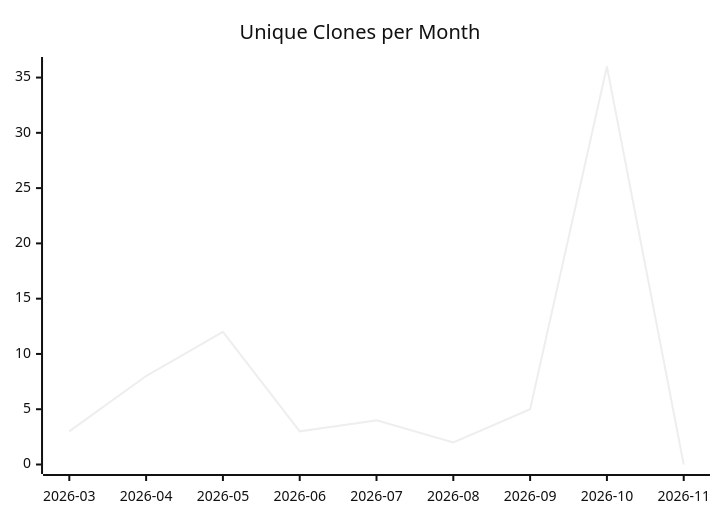
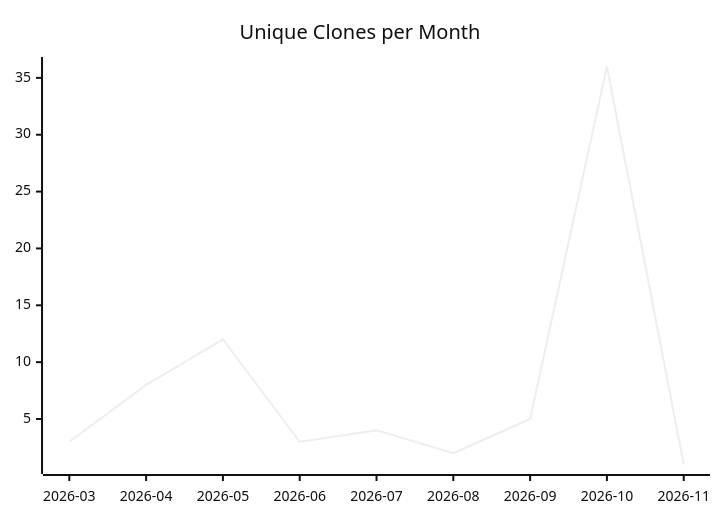
Before and after one commit to justdavis-family/github-analytics-data: the third of 3 diagrams in karlmdavis/puppet-sonar/README.md, drawn with Mermaid (neutral theme). The commit also changed other lines of this file and 193 other files, not shown here.

````diff
--- a/karlmdavis/puppet-sonar/README.md
+++ b/karlmdavis/puppet-sonar/README.md
@@ -19,6 +19,6 @@
 ```mermaid
 xychart-beta
   title "Unique Clones per Month"
   x-axis ["2026-03", "2026-04", "2026-05", "2026-06", "2026-07", "2026-08", "2026-09", "2026-10", "2026-11"]
-  line [3, 8, 12, 3, 4, 2, 5, 36, 0]
+  line [3, 8, 12, 3, 4, 2, 5, 36, 1]
 ```
````
